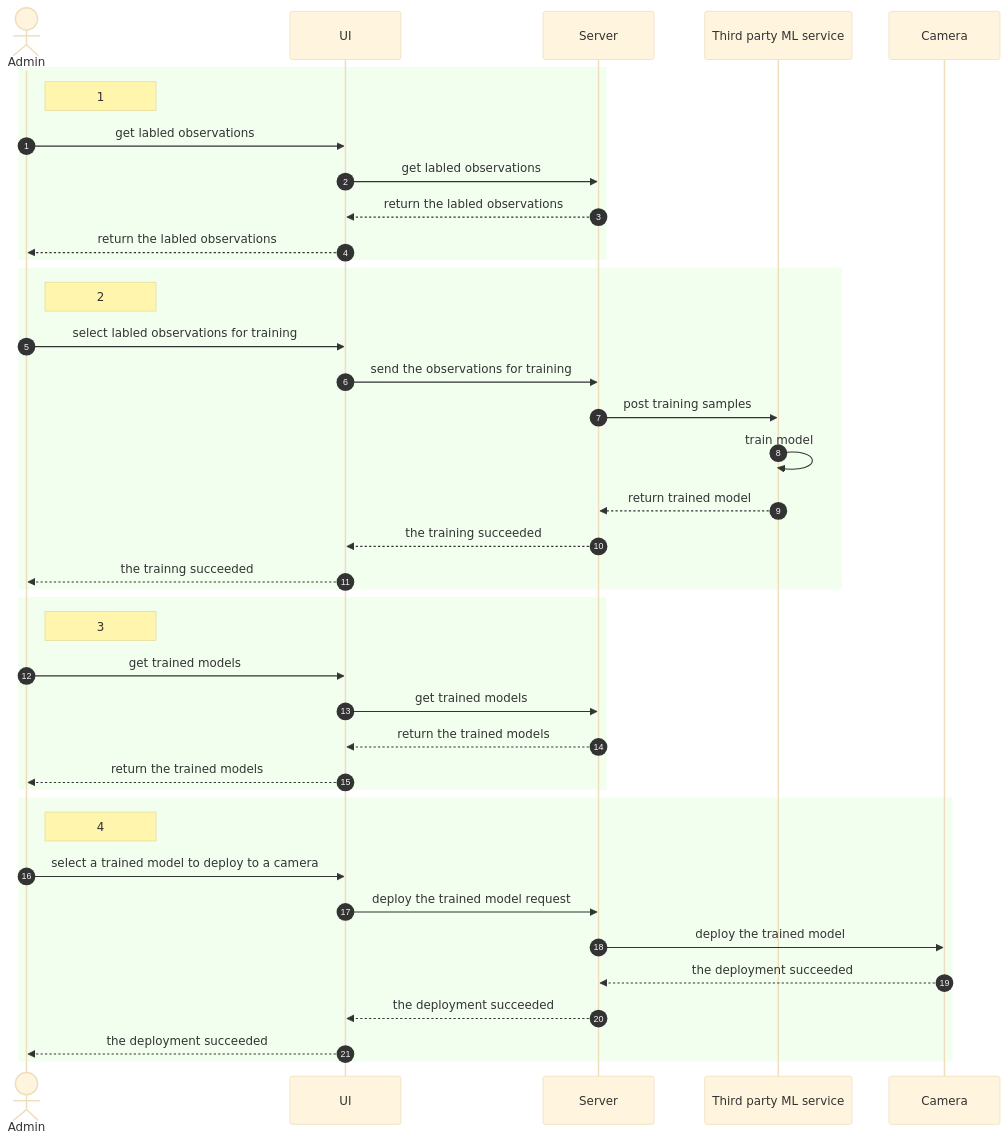
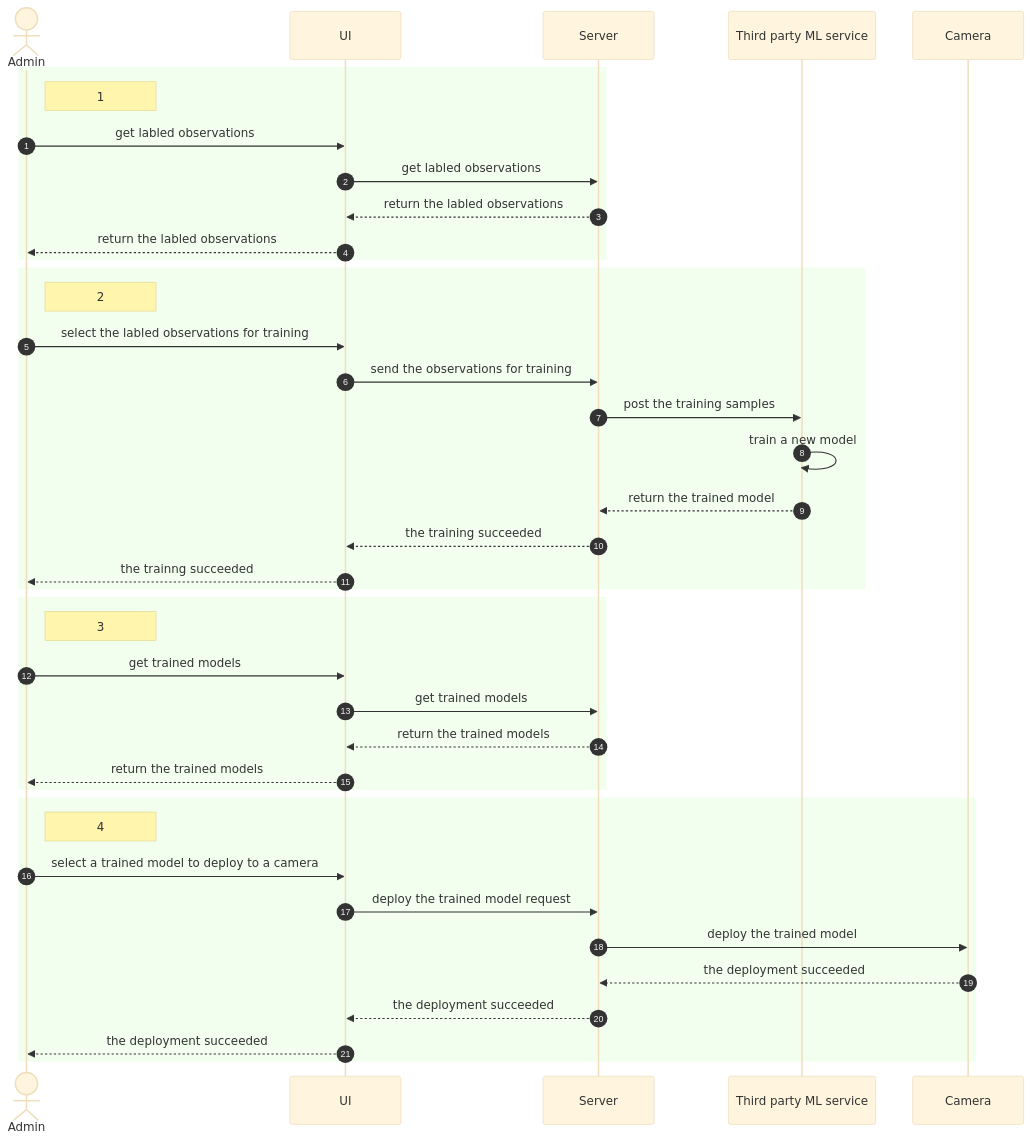
The fourth of 4 diagrams in README.md (dscherbak/rapid-response-katas), drawn with Mermaid (base theme) before and after one commit. The commit also changed other lines of this file, not shown here.

````diff
--- a/README.md
+++ b/README.md
@@ -274,46 +274,46 @@
 ```mermaid
 sequenceDiagram
   actor adm as Admin
   participant ui as UI
   participant serv as Server
   participant ml as Third party ML service
   participant cam as Camera
   autonumber
 
   rect rgba(128, 255, 100, 0.1)
     note right of adm: 1
     adm ->> ui: get labled observations
     ui ->> serv: get labled observations
     serv -->> ui: return the labled observations
     ui -->> adm: return the labled observations
   end
 
   rect rgba(128, 255, 100, 0.1)
     note right of adm: 2
-    adm ->> ui: select labled observations for training
+    adm ->> ui: select the labled observations for training
     ui ->> serv: send the observations for training
-    serv ->> ml: post training samples
-    ml ->> ml: train model
-    ml -->> serv: return trained model
+    serv ->> ml: post the training samples
+    ml ->> ml: train a new model
+    ml -->> serv: return the trained model
     serv -->> ui: the training succeeded
     ui -->> adm: the trainng succeeded
   end
 
   rect rgba(128, 255, 100, 0.1)
     note right of adm: 3
     adm ->> ui: get trained models
     ui ->> serv: get trained models
     serv -->> ui: return the trained models
     ui -->> adm: return the trained models
   end
 
   rect rgba(128, 255, 100, 0.1)
     note right of adm: 4
     adm ->> ui: select a trained model to deploy to a camera
     ui ->> serv: deploy the trained model request
     serv ->> cam: deploy the trained model
     cam -->> serv: the deployment succeeded
     serv -->> ui: the deployment succeeded
     ui -->> adm: the deployment succeeded
   end
 ```
````
